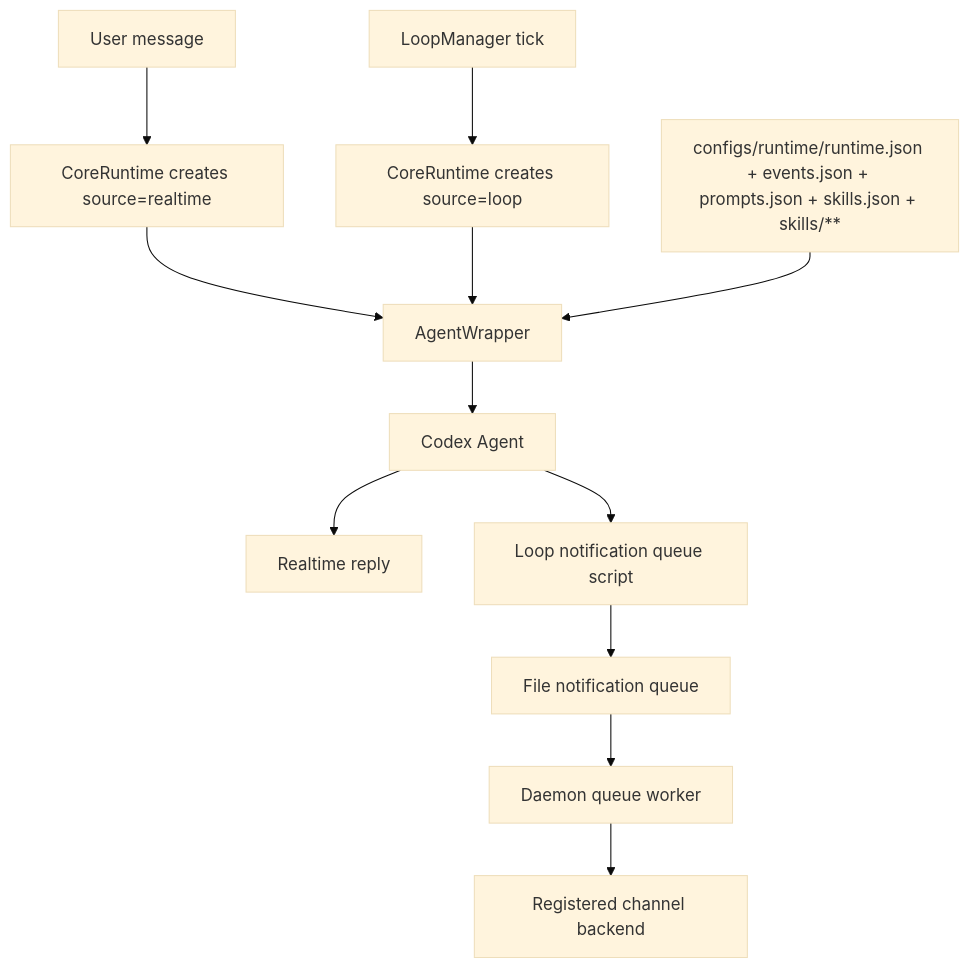
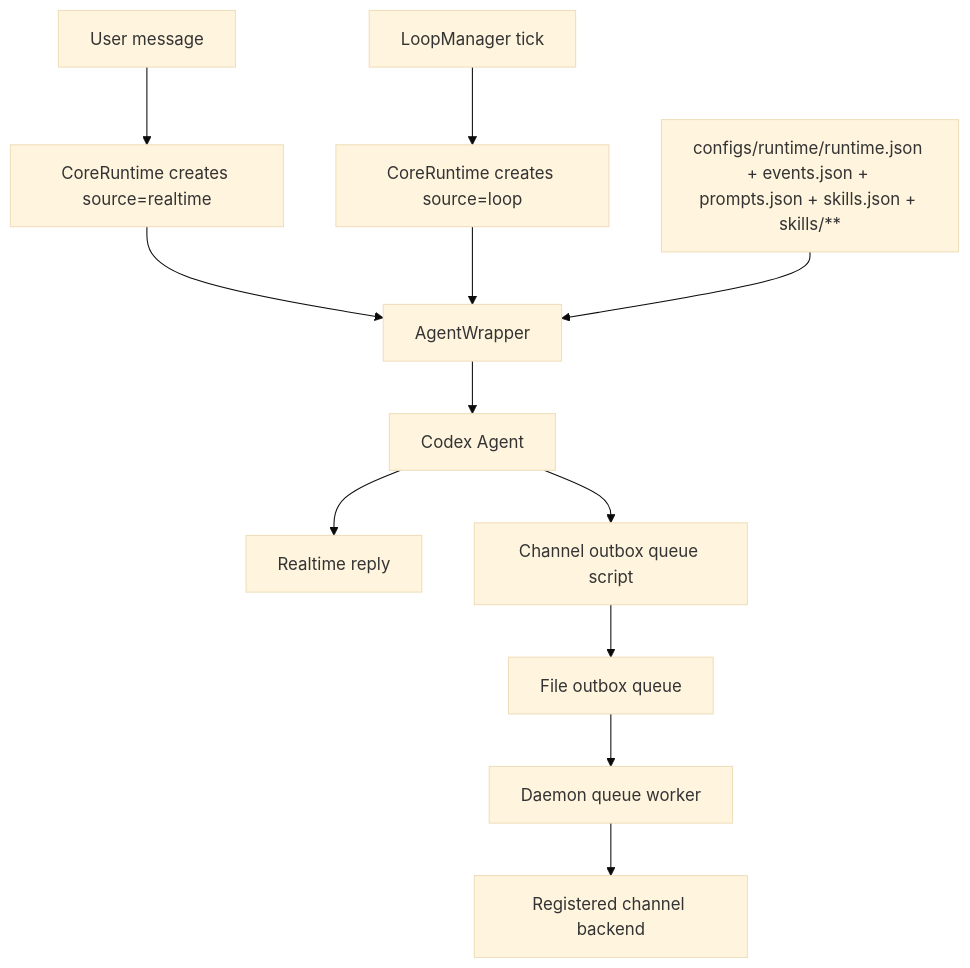
One commit to TheOne2006/PkuClaw changed the diagram in README.md. Above: the diagram before and after it, drawn with Mermaid (base theme). The commit also changed other lines of this file and 26 other files, not shown here.

Commit message:
Refactor channel outbox to text image file

````diff
--- a/README.md
+++ b/README.md
@@ -67,14 +67,14 @@
 ```mermaid
 flowchart TD
   User[User message] --> Realtime[CoreRuntime creates source=realtime]
   Scheduler[LoopManager tick] --> Loop[CoreRuntime creates source=loop]
   Realtime --> Wrapper[AgentWrapper]
   Loop --> Wrapper
   RuntimeFiles[configs/runtime/runtime.json + events.json + prompts.json + skills.json + skills/**] --> Wrapper
   Wrapper --> Agent[Codex Agent]
   Agent --> Reply[Realtime reply]
-  Agent --> Script[Loop notification queue script]
-  Script --> Queue[File notification queue]
+  Agent --> Script[Channel outbox queue script]
+  Script --> Queue[File outbox queue]
   Queue --> Daemon[Daemon queue worker]
   Daemon --> Channel[Registered channel backend]
 ```
````
